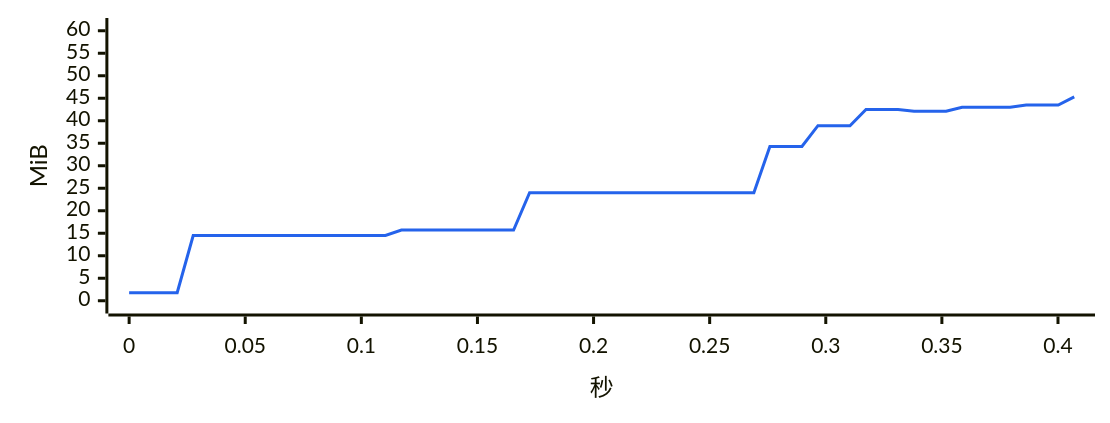
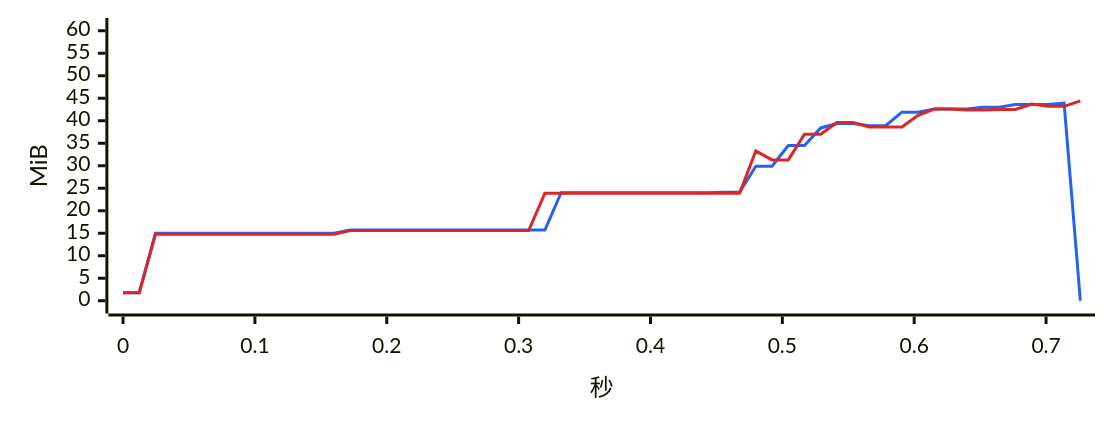
Before and after one commit to 334456777/WeFlow: diagram 15 of 17 in bench/v4.0.0/summary.md, drawn with Mermaid. The commit also changed other lines of this file and 3 other files, not shown here.

````diff
--- a/bench/v4.0.0/summary.md
+++ b/bench/v4.0.0/summary.md
@@ -429,7 +441,8 @@
 ```mermaid
-%%{init: {"xyChart": {"width": 720, "height": 260}, "themeVariables": {"xyChart": {"plotColorPalette": "#2563eb"}}}}%%
+%%{init: {"xyChart": {"width": 720, "height": 260}, "themeVariables": {"xyChart": {"plotColorPalette": "#2563eb, #dc2626"}}}}%%
 xychart-beta
-    x-axis "秒" 0 --> 0.407
+    x-axis "秒" 0 --> 0.726
     y-axis "MiB" 0 --> 60
-    line [1.8, 1.8, 1.8, 1.8, 14.5, 14.5, 14.5, 14.5, 14.5, 14.5, 14.5, 14.5, 14.5, 14.5, 14.5, 14.5, 14.5, 15.7, 15.7, 15.7, 15.7, 15.7, 15.7, 15.7, 15.7, 24.0, 24.0, 24.0, 24.0, 24.0, 24.0, 24.0, 24.0, 24.0, 24.0, 24.0, 24.0, 24.0, 24.0, 24.0, 34.3, 34.3, 34.3, 38.9, 38.9, 38.9, 42.5, 42.5, 42.5, 42.1, 42.1, 42.1, 43.0, 43.0, 43.0, 43.0, 43.5, 43.5, 43.5, 45.3]
+    line [1.8, 1.8, 15.0, 15.0, 15.0, 15.0, 15.0, 15.0, 15.0, 15.0, 15.0, 15.0, 15.0, 15.0, 15.7, 15.7, 15.7, 15.7, 15.7, 15.7, 15.7, 15.7, 15.7, 15.7, 15.7, 15.7, 15.7, 24.0, 24.0, 24.0, 24.0, 24.0, 24.0, 24.0, 24.0, 24.0, 24.0, 24.1, 24.1, 29.9, 29.9, 34.5, 34.5, 38.4, 39.4, 39.4, 38.9, 38.9, 41.9, 41.9, 42.6, 42.6, 42.6, 43.0, 43.0, 43.6, 43.6, 43.6, 43.9, 0.0]
+    line [1.8, 1.8, 14.8, 14.8, 14.8, 14.8, 14.8, 14.8, 14.8, 14.8, 14.8, 14.8, 14.8, 14.8, 15.6, 15.6, 15.6, 15.6, 15.6, 15.6, 15.6, 15.6, 15.6, 15.6, 15.6, 15.6, 23.9, 23.9, 23.9, 23.9, 23.9, 23.9, 23.9, 23.9, 23.9, 23.9, 23.9, 23.9, 23.9, 33.3, 31.3, 31.3, 37.0, 37.0, 39.6, 39.6, 38.6, 38.6, 38.6, 41.2, 42.6, 42.6, 42.4, 42.4, 42.5, 42.5, 43.7, 43.2, 43.2, 44.4]
 ```
````
